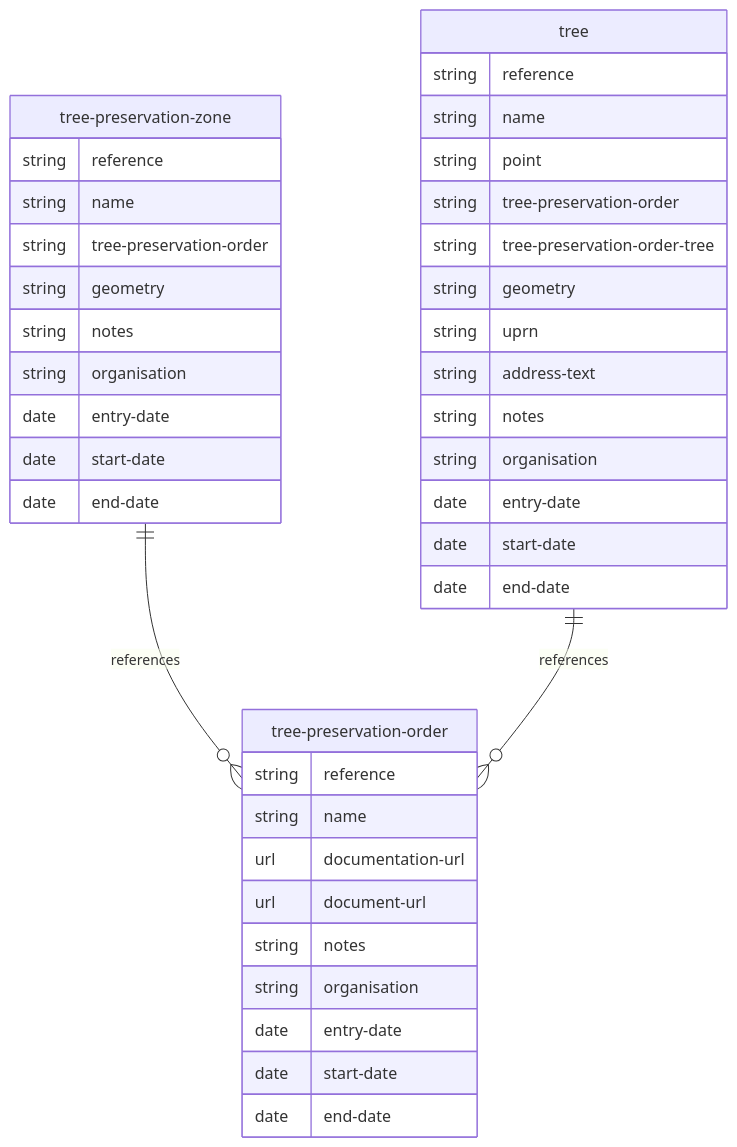
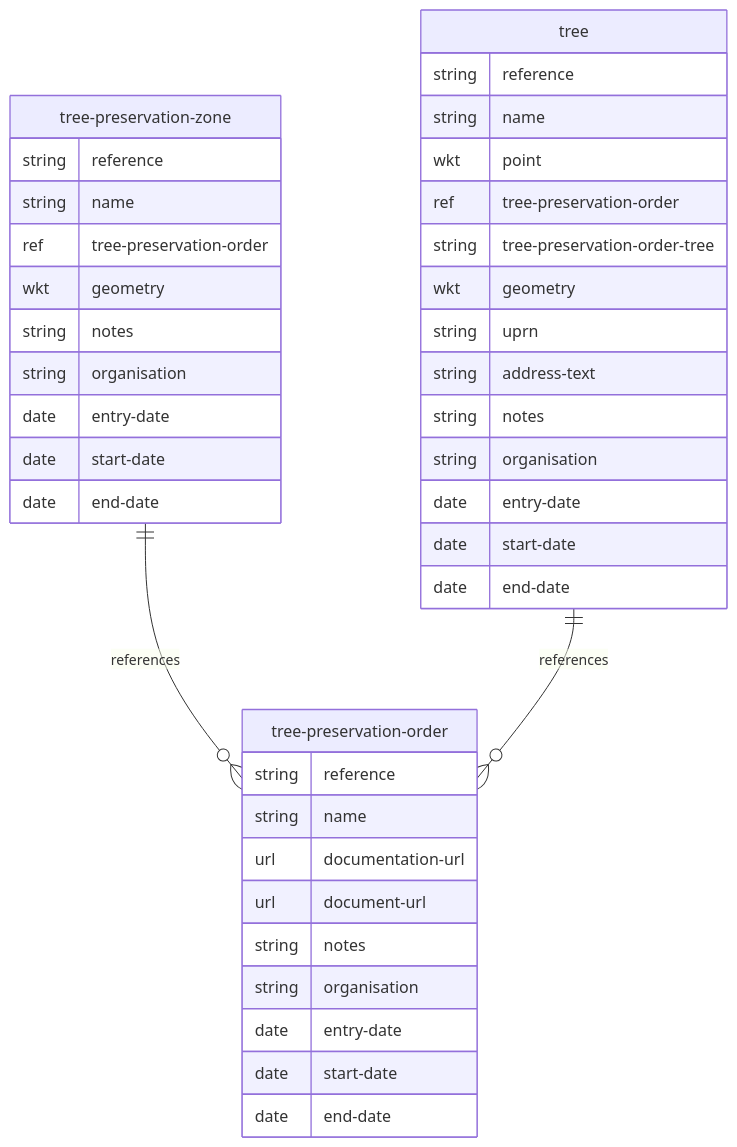
One commit to digital-land/specification changed the diagram in mermaid/tree-preservation-order.md. Above: the diagram before and after it, drawn with Mermaid. The commit also changed 9 other files, not shown here.

````diff
--- a/mermaid/tree-preservation-order.md
+++ b/mermaid/tree-preservation-order.md
@@ -4,42 +4,42 @@
 ```mermaid
 erDiagram
     tree-preservation-order {
         string reference
         string name
         url documentation-url
         url document-url
         string notes
         string organisation
         date entry-date
         date start-date
         date end-date
     }
     tree-preservation-zone {
         string reference
         string name
-        string tree-preservation-order
-        string geometry
+        ref tree-preservation-order
+        wkt geometry
         string notes
         string organisation
         date entry-date
         date start-date
         date end-date
     }
     tree {
         string reference
         string name
-        string point
-        string tree-preservation-order
+        wkt point
+        ref tree-preservation-order
         string tree-preservation-order-tree
-        string geometry
+        wkt geometry
         string uprn
         string address-text
         string notes
         string organisation
         date entry-date
         date start-date
         date end-date
     }
     tree-preservation-zone ||--o{ tree-preservation-order : references
     tree ||--o{ tree-preservation-order : references
 ```
````
